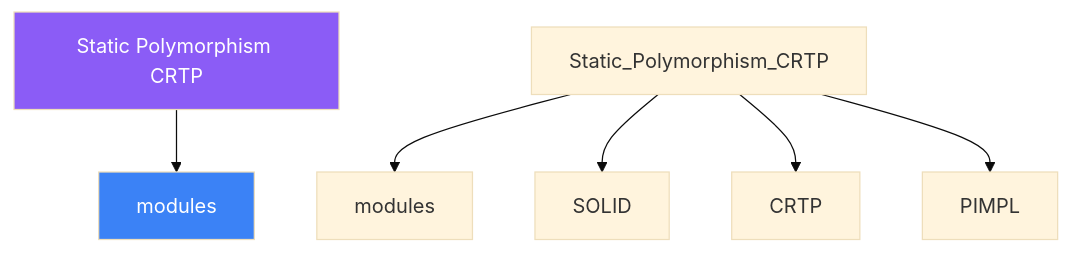
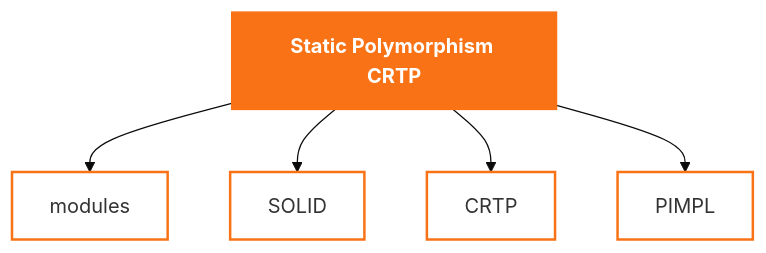
One commit to AI-Maddy/Learn-Modern-CPP-OOP-30-Days changed the diagram in mkdocs-site/docs/days/day-20/02-definition.md. Above: the diagram before and after it, drawn with Mermaid (base theme). The commit also changed 99 other files, not shown here.

````diff
--- a/mkdocs-site/docs/days/day-20/02-definition.md
+++ b/mkdocs-site/docs/days/day-20/02-definition.md
@@ -104,10 +104,12 @@
 ```mermaid
 graph TD
-    ROOT["Static Polymorphism CRTP"] --> A["modules"]
-    Static_Polymorphism_CRTP --> modules["modules"]
-    Static_Polymorphism_CRTP --> SOLID["SOLID"]
-    Static_Polymorphism_CRTP --> CRTP["CRTP"]
-    Static_Polymorphism_CRTP --> PIMPL["PIMPL"]
-    style ROOT fill:#8b5cf6,color:#fff
-    style A    fill:#3b82f6,color:#fff
+    ROOT["Static Polymorphism CRTP"]
+    ROOT --> n0["modules"]
+    ROOT --> n1["SOLID"]
+    ROOT --> n2["CRTP"]
+    ROOT --> n3["PIMPL"]
+    classDef topic fill:#f97316,stroke:#f97316,color:#ffffff,font-weight:bold
+    classDef concept fill:transparent,stroke:#f97316,stroke-width:2px
+    class ROOT topic
+    class n0,n1,n2,n3 concept
 ```
````
